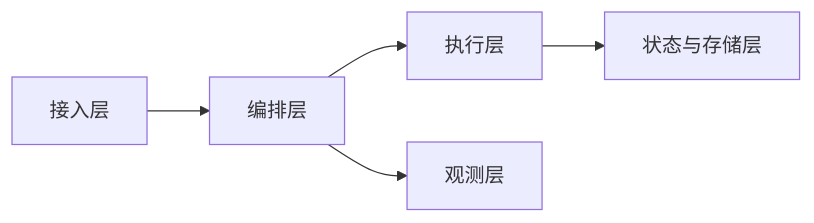
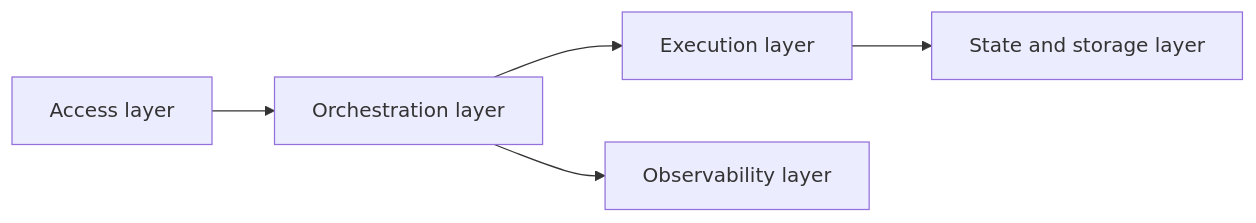
Before and after one commit to oudbiao/AI-fullstack-course: the first of 2 diagrams in docs/ch09-agent/ch09-deployment/01-deployment-architecture.md, drawn with Mermaid. The commit also changed other lines of this file and 1406 other files, not shown here.

````diff
--- a/docs/ch09-agent/ch09-deployment/01-deployment-architecture.md
+++ b/docs/ch09-agent/ch09-deployment/01-deployment-architecture.md
@@ -43,7 +43,7 @@
 ```mermaid
 flowchart LR
-    A["接入层"] --> B["编排层"]
-    B --> C["执行层"]
-    C --> D["状态与存储层"]
-    B --> E["观测层"]
+    A["Access layer"] --> B["Orchestration layer"]
+    B --> C["Execution layer"]
+    C --> D["State and storage layer"]
+    B --> E["Observability layer"]
 ```
````
